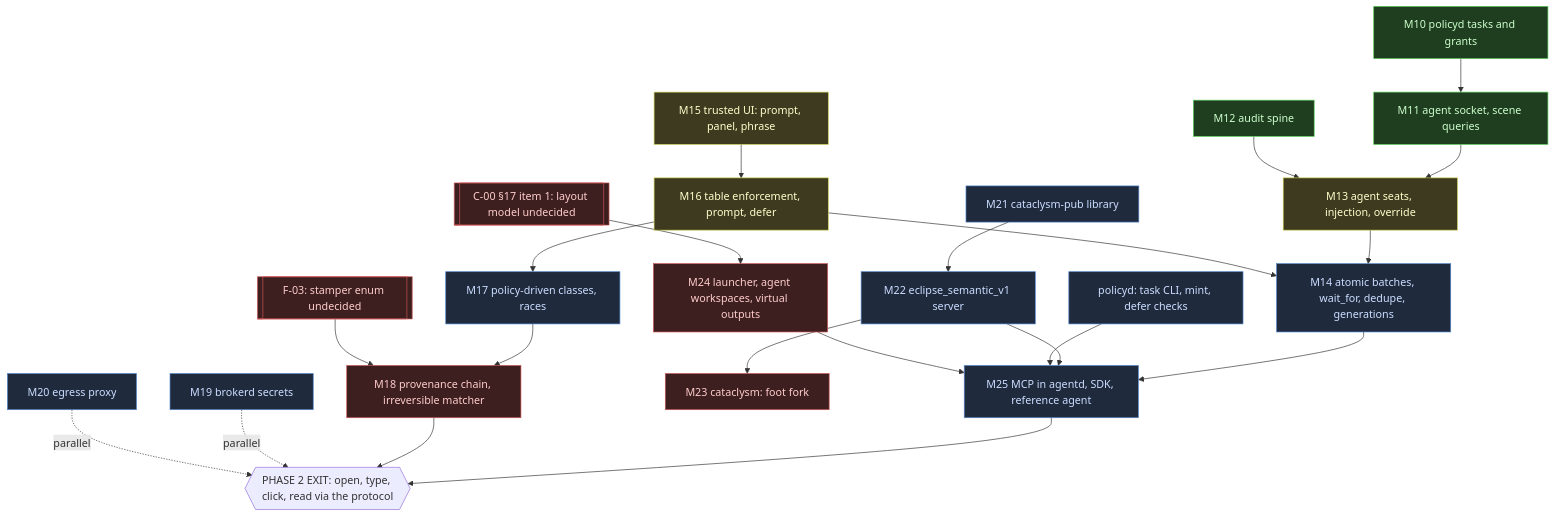
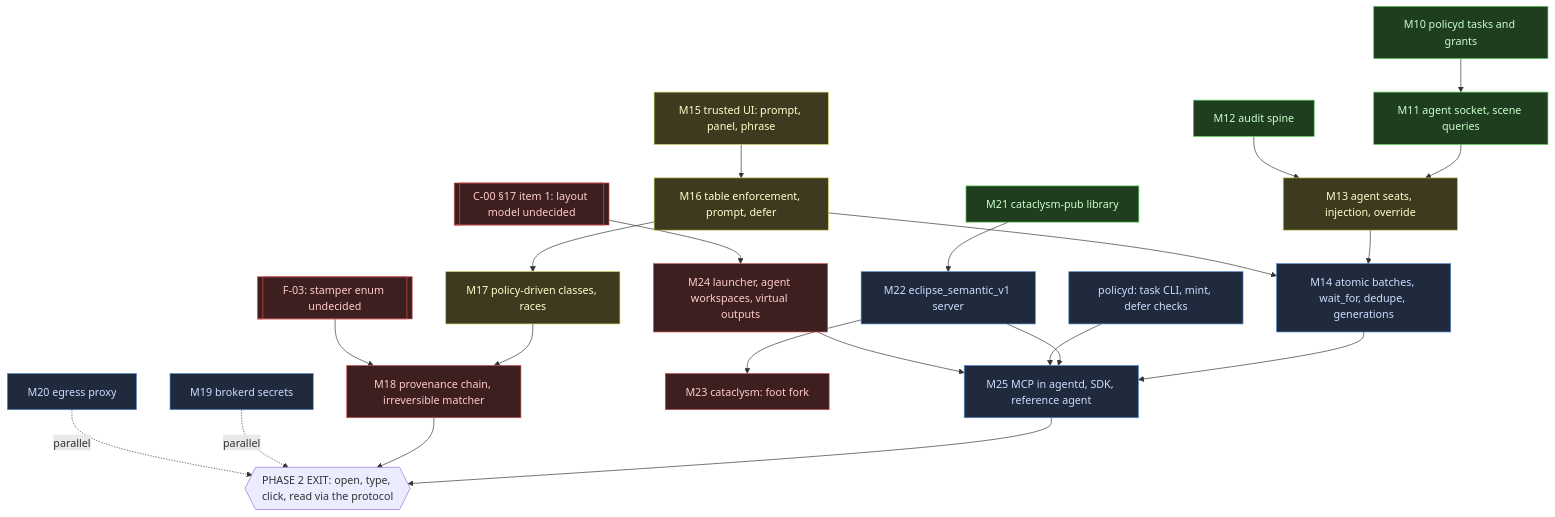
The diagram in docs/internal/phase2-graph.md (chasebrowndev/EclipseOS), drawn with Mermaid before and after one commit. The commit also changed other lines of this file and 17 other files, not shown here.

````diff
--- a/docs/internal/phase2-graph.md
+++ b/docs/internal/phase2-graph.md
@@ -6,47 +6,47 @@
 ```mermaid
 flowchart TD
   classDef done fill:#1f3d1f,stroke:#5c5,color:#cfc
   classDef part fill:#3d3a1f,stroke:#cc5,color:#ffc
   classDef todo fill:#1f2a3d,stroke:#58c,color:#cdf
   classDef blocked fill:#3d1f1f,stroke:#c55,color:#fcc
 
   M10[M10 policyd tasks and grants]:::done
   M11[M11 agent socket, scene queries]:::done
   M12[M12 audit spine]:::done
   M13[M13 agent seats, injection, override]:::part
   M14[M14 atomic batches, wait_for, dedupe, generations]:::todo
   M15[M15 trusted UI: prompt, panel, phrase]:::part
   M16[M16 table enforcement, prompt, defer]:::part
-  M17[M17 policy-driven classes, races]:::todo
+  M17[M17 policy-driven classes, races]:::part
   M18[M18 provenance chain, irreversible matcher]:::blocked
   M19[M19 brokerd secrets]:::todo
   M20[M20 egress proxy]:::todo
-  M21[M21 cataclysm-pub library]:::todo
+  M21[M21 cataclysm-pub library]:::done
   M22[M22 eclipse_semantic_v1 server]:::todo
   M23[M23 cataclysm: foot fork]:::blocked
   M24[M24 launcher, agent workspaces, virtual outputs]:::blocked
   M25[M25 MCP in agentd, SDK, reference agent]:::todo
   PD[policyd: task CLI, mint, defer checks]:::todo
   EXIT{{PHASE 2 EXIT: open, type, click, read via the protocol}}
 
   M10 --> M11 --> M13
   M12 --> M13
   M13 --> M14
   M16 --> M14
   M15 --> M16
   M16 --> M17
   M17 --> M18
   M21 --> M22
   M22 --> M23
   M14 --> M25
   M22 --> M25
   PD --> M25
   M24 --> M25
   M25 --> EXIT
   M18 --> EXIT
   M19 -.parallel.-> EXIT
   M20 -.parallel.-> EXIT
 
   F03[[F-03: stamper enum undecided]]:::blocked --> M18
   C17[[C-00 §17 item 1: layout model undecided]]:::blocked --> M24
 ```
````
